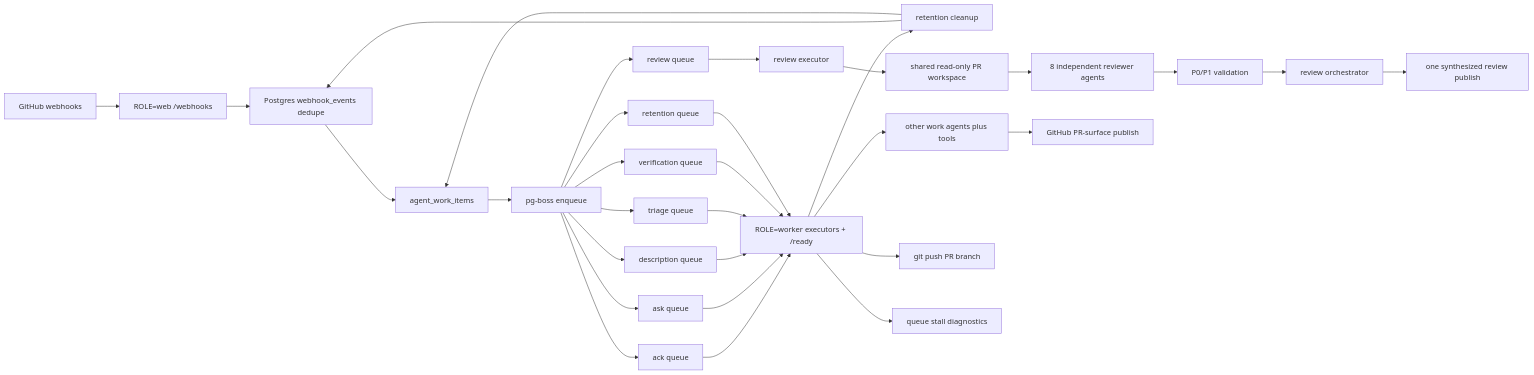
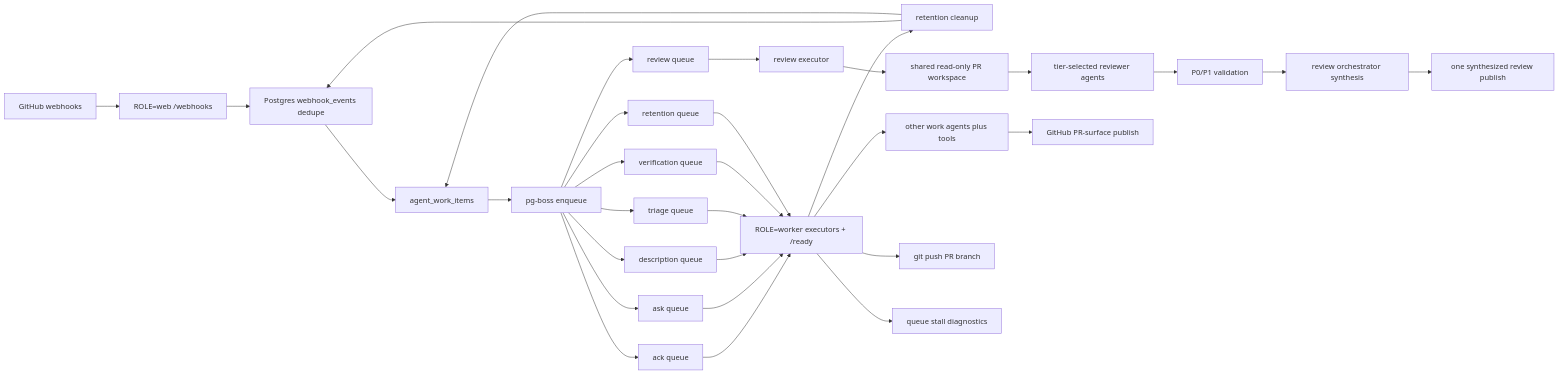
Before and after one commit to prathamdby/pr-agent: the diagram in README.md, drawn with Mermaid. The commit also changed other lines of this file and 35 other files, not shown here.

First line of the commit message:
fix: size reviewer roster by Review budget tier

````diff
--- a/README.md
+++ b/README.md
@@ -200,33 +200,33 @@
 ```mermaid
 flowchart LR
   GitHub[GitHub webhooks] --> Web["ROLE=web /webhooks"]
   Web --> Dedupe[Postgres webhook_events dedupe]
   Dedupe --> Items[agent_work_items]
   Items --> Boss[pg-boss enqueue]
   Boss --> AckQ[ack queue]
   Boss --> RevQ[review queue]
   Boss --> AskQ[ask queue]
   Boss --> DescQ[description queue]
   Boss --> TriageQ[triage queue]
   Boss --> VerifQ[verification queue]
   Boss --> RetQ[retention queue]
   AckQ --> Worker["ROLE=worker executors + /ready"]
   RevQ --> ReviewExec[review executor]
   AskQ --> Worker
   DescQ --> Worker
   TriageQ --> Worker
   VerifQ --> Worker
   RetQ --> Worker
   Worker --> Retention[retention cleanup]
   Retention --> Dedupe
   Retention --> Items
   ReviewExec --> Workspace[shared read-only PR workspace]
-  Workspace --> Reviewers[8 independent reviewer agents]
+  Workspace --> Reviewers[tier-selected reviewer agents]
   Reviewers --> Validate[P0/P1 validation]
-  Validate --> Orchestrator[review orchestrator]
+  Validate --> Orchestrator[review orchestrator synthesis]
   Orchestrator --> ReviewPublish[one synthesized review publish]
   Worker --> LLM[other work agents plus tools]
   LLM --> Publish[GitHub PR-surface publish]
   Worker --> Push[git push PR branch]
   Worker --> StallDiag[queue stall diagnostics]
 ```
````
